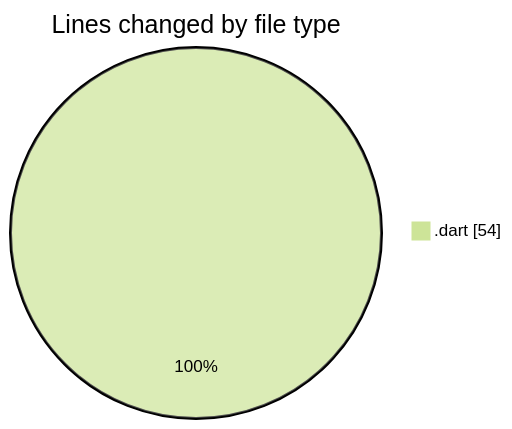
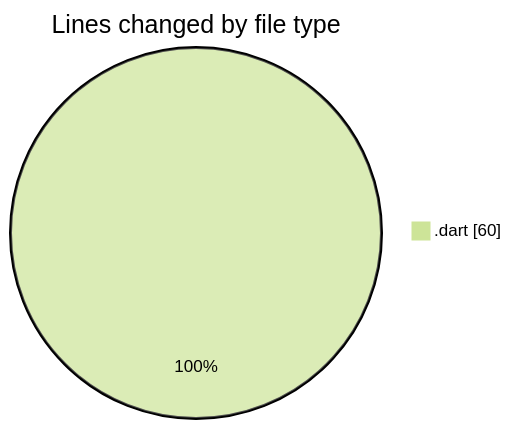
The first of 2 diagrams in 2025-01-26/trackers_app/README.md (donsfak/code-tracking), drawn with Mermaid (forest theme) before and after one commit. The commit also changed other lines of this file and 1 other file, not shown here.

````diff
--- a/2025-01-26/trackers_app/README.md
+++ b/2025-01-26/trackers_app/README.md
@@ -20,5 +20,5 @@
 ```mermaid
 pie showData
 title Lines changed by file type
-".dart" : 54
+".dart" : 60
 ```
````
